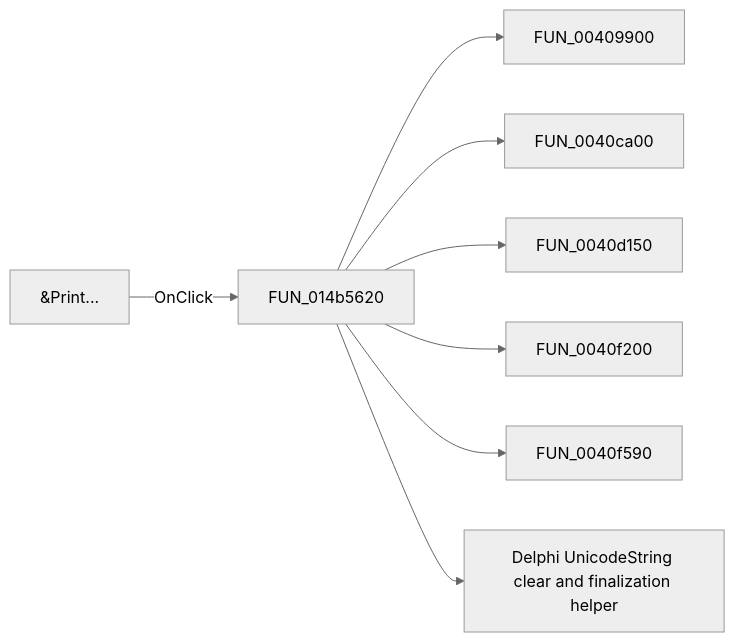
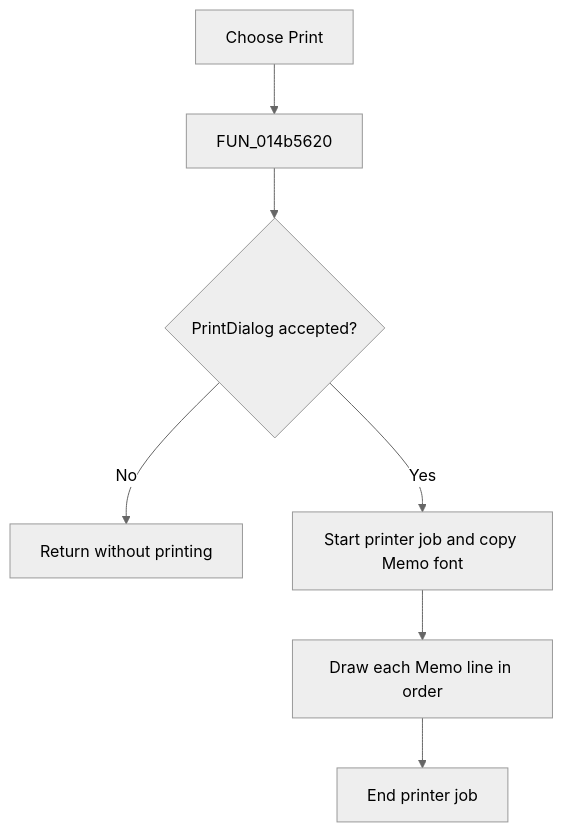
One commit to MovGP0/TIARA changed the diagram in docs/ui-controls/netlistviewer/miprint-a40db69659.md. Above: the diagram before and after it, drawn with Mermaid (neutral theme). The commit also changed other lines of this file and 1062 other files, not shown here.

````diff
--- a/docs/ui-controls/netlistviewer/miprint-a40db69659.md
+++ b/docs/ui-controls/netlistviewer/miprint-a40db69659.md
@@ -27,10 +27,9 @@
 ```mermaid
-flowchart LR
-    control["&Print..."] -->|OnClick| handler["FUN_014b5620"]
-    handler --> call1["FUN_00409900"]
-    handler --> call2["FUN_0040ca00"]
-    handler --> call3["FUN_0040d150"]
-    handler --> call4["FUN_0040f200"]
-    handler --> call5["FUN_0040f590"]
-    handler --> call6["Delphi UnicodeString clear and finalization helper"]
+flowchart TD
+    control["Choose Print"] --> handler["FUN_014b5620"]
+    handler --> dialog{"PrintDialog accepted?"}
+    dialog -->|No| noop["Return without printing"]
+    dialog -->|Yes| start["Start printer job and copy Memo font"]
+    start --> lines["Draw each Memo line in order"]
+    lines --> finish["End printer job"]
 ```
````
